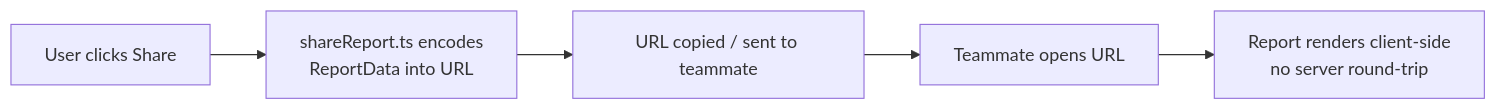
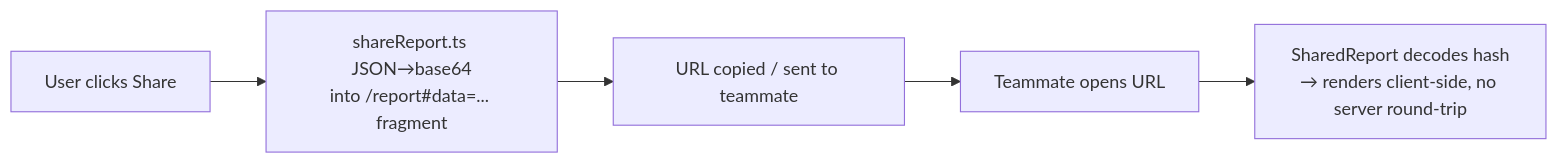
One commit to Ayush2966/LOAD-PULSE changed the third of 4 diagrams in docs/planning/03-user-flow.md. Above: the diagram before and after it, drawn with Mermaid. The commit also changed other lines of this file and 14 other files, not shown here.

````diff
--- a/docs/planning/03-user-flow.md
+++ b/docs/planning/03-user-flow.md
@@ -49,7 +83,7 @@
 ```mermaid
 flowchart LR
-    A[User clicks Share] --> B[shareReport.ts encodes\nReportData into URL]
+    A[User clicks Share] --> B[shareReport.ts JSON→base64\ninto /report#data=... fragment]
     B --> C[URL copied / sent to teammate]
     C --> D[Teammate opens URL]
-    D --> E[Report renders client-side\nno server round-trip]
+    D --> E[SharedReport decodes hash\n→ renders client-side, no server round-trip]
 ```
````
